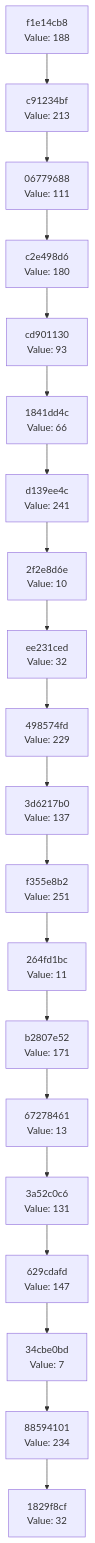
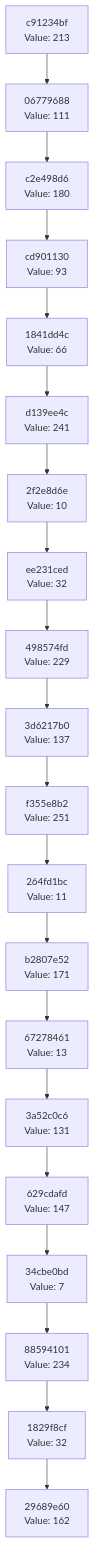
The diagram in docs/CHAIN_VISUALIZATION.md (Abhisheksinha1506/hash-chain-evolver), drawn with Mermaid before and after one commit. The commit also changed 2 other files, not shown here.

Commit message:
Evolution step: hash 0xA2 → action executed

````diff
--- a/docs/CHAIN_VISUALIZATION.md
+++ b/docs/CHAIN_VISUALIZATION.md
@@ -3,42 +3,42 @@
 ```mermaid
 graph TD
-    C0["1829f8cf<br/>Value: 32"]
-    C1["88594101<br/>Value: 234"]
+    C0["29689e60<br/>Value: 162"]
+    C1["1829f8cf<br/>Value: 32"]
     C1 --> C0
-    C2["34cbe0bd<br/>Value: 7"]
+    C2["88594101<br/>Value: 234"]
     C2 --> C1
-    C3["629cdafd<br/>Value: 147"]
+    C3["34cbe0bd<br/>Value: 7"]
     C3 --> C2
-    C4["3a52c0c6<br/>Value: 131"]
+    C4["629cdafd<br/>Value: 147"]
     C4 --> C3
-    C5["67278461<br/>Value: 13"]
+    C5["3a52c0c6<br/>Value: 131"]
     C5 --> C4
-    C6["b2807e52<br/>Value: 171"]
+    C6["67278461<br/>Value: 13"]
     C6 --> C5
-    C7["264fd1bc<br/>Value: 11"]
+    C7["b2807e52<br/>Value: 171"]
     C7 --> C6
-    C8["f355e8b2<br/>Value: 251"]
+    C8["264fd1bc<br/>Value: 11"]
     C8 --> C7
-    C9["3d6217b0<br/>Value: 137"]
+    C9["f355e8b2<br/>Value: 251"]
     C9 --> C8
-    C10["498574fd<br/>Value: 229"]
+    C10["3d6217b0<br/>Value: 137"]
     C10 --> C9
-    C11["ee231ced<br/>Value: 32"]
+    C11["498574fd<br/>Value: 229"]
     C11 --> C10
-    C12["2f2e8d6e<br/>Value: 10"]
+    C12["ee231ced<br/>Value: 32"]
     C12 --> C11
-    C13["d139ee4c<br/>Value: 241"]
+    C13["2f2e8d6e<br/>Value: 10"]
     C13 --> C12
-    C14["1841dd4c<br/>Value: 66"]
+    C14["d139ee4c<br/>Value: 241"]
     C14 --> C13
-    C15["cd901130<br/>Value: 93"]
+    C15["1841dd4c<br/>Value: 66"]
     C15 --> C14
-    C16["c2e498d6<br/>Value: 180"]
+    C16["cd901130<br/>Value: 93"]
     C16 --> C15
-    C17["06779688<br/>Value: 111"]
+    C17["c2e498d6<br/>Value: 180"]
     C17 --> C16
-    C18["c91234bf<br/>Value: 213"]
+    C18["06779688<br/>Value: 111"]
     C18 --> C17
-    C19["f1e14cb8<br/>Value: 188"]
+    C19["c91234bf<br/>Value: 213"]
     C19 --> C18
 ```
````
